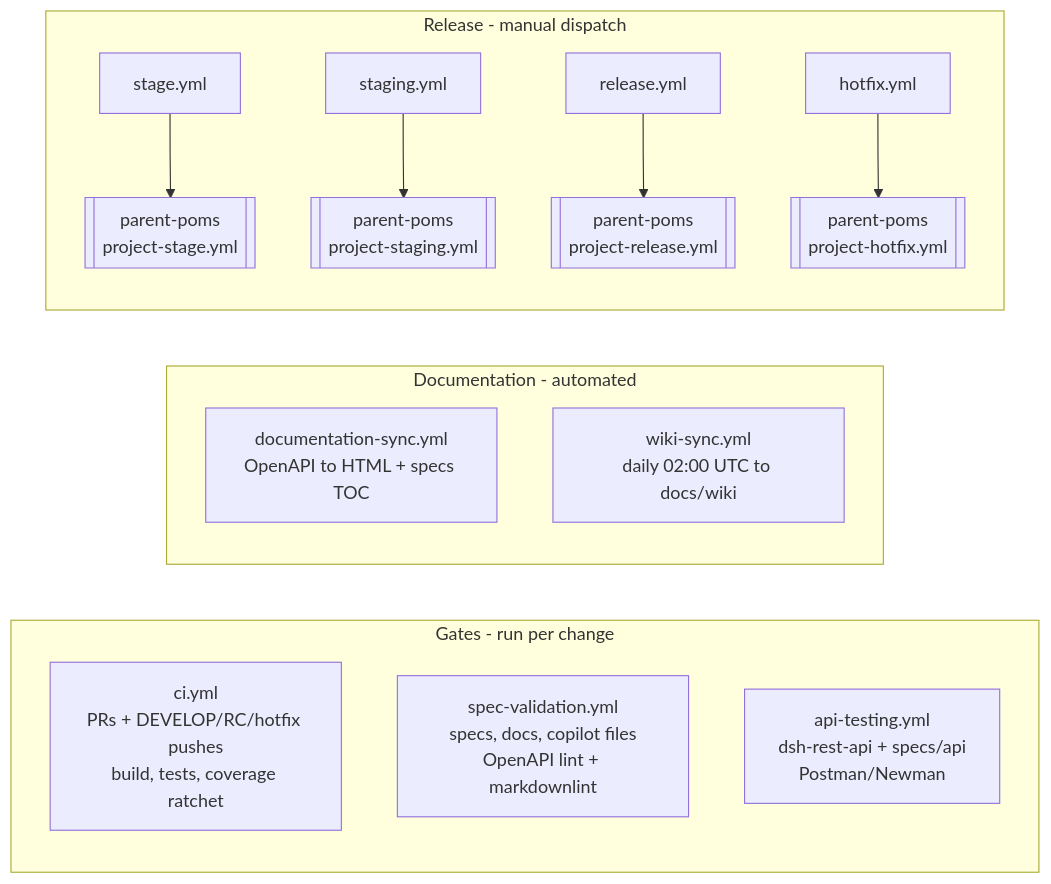
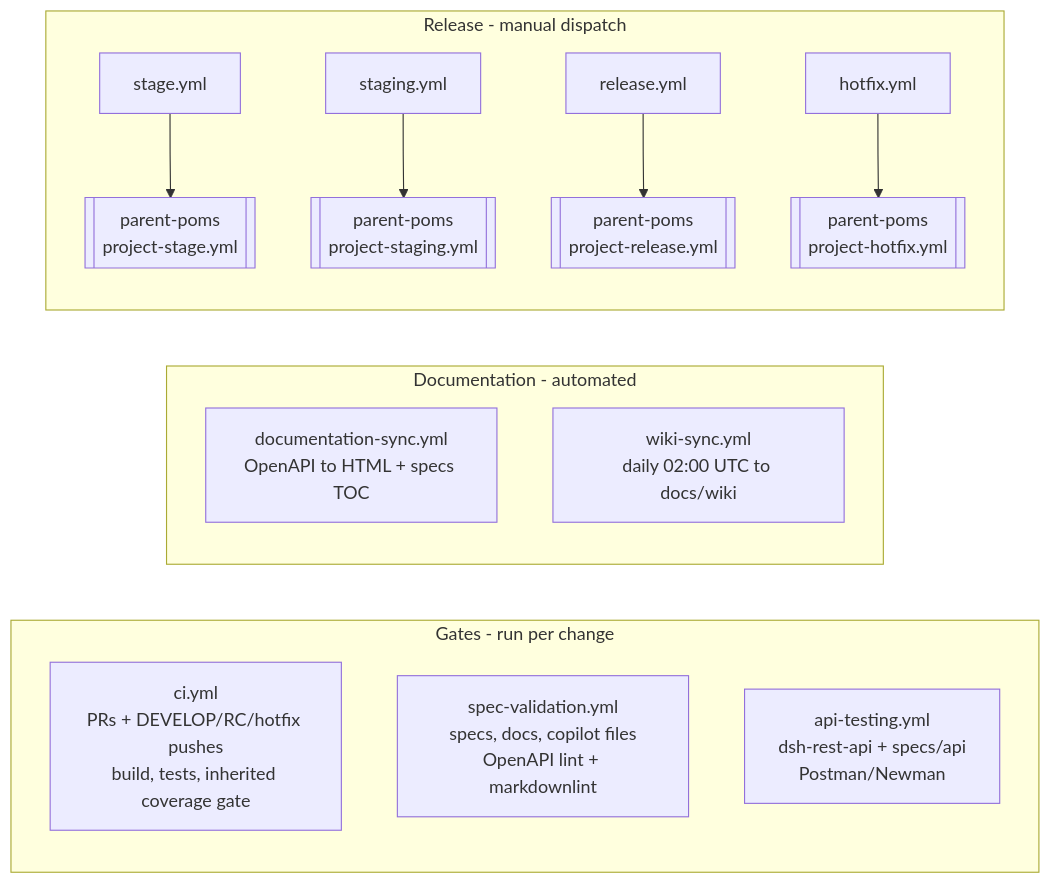
One commit to MRISS-Projects/dsh changed the second of 2 diagrams in docs/devops/README.md. Above: the diagram before and after it, drawn with Mermaid. The commit also changed other lines of this file and 11 other files, not shown here.

````diff
--- a/docs/devops/README.md
+++ b/docs/devops/README.md
@@ -40,18 +40,18 @@
 ```mermaid
 flowchart LR
     subgraph gates["Gates - run per change"]
-        CI["ci.yml<br/>PRs + DEVELOP/RC/hotfix pushes<br/>build, tests, coverage ratchet"]
+        CI["ci.yml<br/>PRs + DEVELOP/RC/hotfix pushes<br/>build, tests, inherited coverage gate"]
         SV["spec-validation.yml<br/>specs, docs, copilot files<br/>OpenAPI lint + markdownlint"]
         AT["api-testing.yml<br/>dsh-rest-api + specs/api<br/>Postman/Newman"]
     end
     subgraph docs["Documentation - automated"]
         DS["documentation-sync.yml<br/>OpenAPI to HTML + specs TOC"]
         WS["wiki-sync.yml<br/>daily 02:00 UTC to docs/wiki"]
     end
     subgraph rel["Release - manual dispatch"]
         ST["stage.yml"] --> PP1[["parent-poms<br/>project-stage.yml"]]
         SG["staging.yml"] --> PP2[["parent-poms<br/>project-staging.yml"]]
         RL["release.yml"] --> PP3[["parent-poms<br/>project-release.yml"]]
         HF["hotfix.yml"] --> PP4[["parent-poms<br/>project-hotfix.yml"]]
     end
 ```
````
